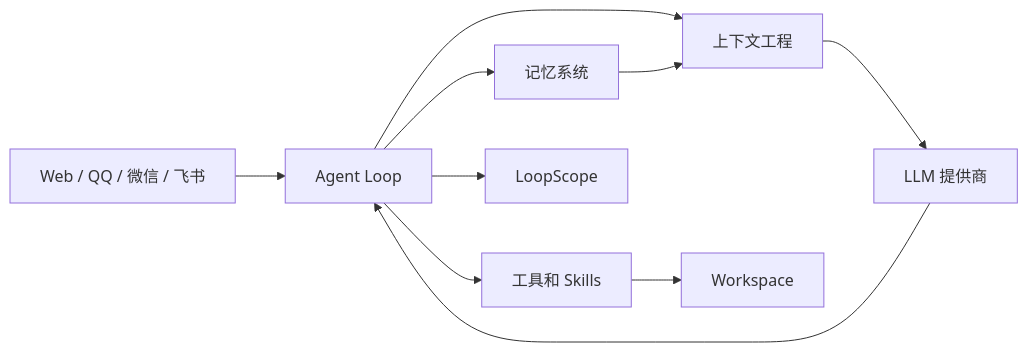
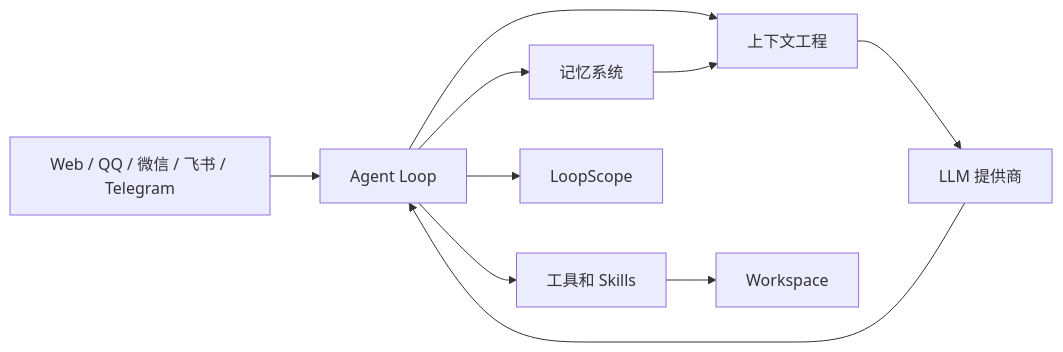
The first of 2 diagrams in README.md (Coffeiz/Gugu-web), drawn with Mermaid before and after one commit. The commit also changed other lines of this file and 304 other files, not shown here.

````diff
--- a/README.md
+++ b/README.md
@@ -293,12 +298,12 @@
 ```mermaid
 flowchart LR
-    C[Web / QQ / 微信 / 飞书] --> A[Agent Loop]
+    C[Web / QQ / 微信 / 飞书 / Telegram] --> A[Agent Loop]
     A --> X[上下文工程]
     X --> L[LLM 提供商]
     L --> A
     A --> T[工具和 Skills]
     T --> W[Workspace]
     A --> M[记忆系统]
     M --> X
     A --> O[LoopScope]
 ```
````
